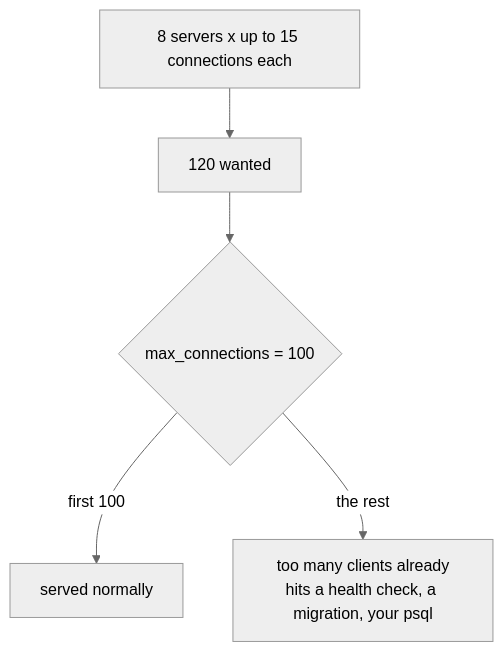
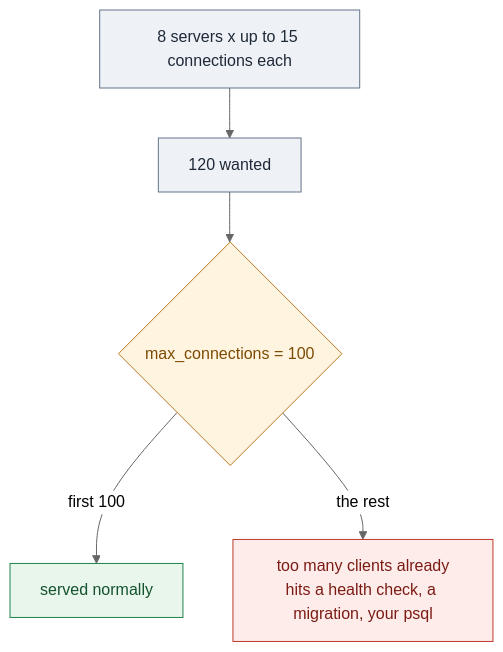
Before and after one commit to selvakumarperumal/Corporate_Filing_Analyzer_Agent: the tenth of 15 diagrams in docs/TESTING-SCALING.md, drawn with Mermaid (neutral theme). The commit also changed other lines of this file, not shown here.

Commit message:
docs: style mermaid diagrams and add 'When it happens' context callouts across scaling test rows

````diff
--- a/docs/TESTING-SCALING.md
+++ b/docs/TESTING-SCALING.md
@@ -919,7 +1043,16 @@
 ```mermaid
 flowchart TB
   P["8 servers x up to 15 connections each"] --> T["120 wanted"]
   T --> PG{"max_connections = 100"}
   PG -->|"first 100"| OK["served normally"]
   PG -->|"the rest"| X["too many clients already<br/>hits a health check, a migration, your psql"]
+  classDef step fill:#eef2f7,stroke:#64748b,color:#1f2937
+  classDef bad fill:#fdecea,stroke:#c0392b,color:#7b1c14
+  classDef good fill:#e8f6ec,stroke:#1e8449,color:#14532d
+  classDef warn fill:#fff4e0,stroke:#b7791f,color:#7c4a03
+  classDef fix fill:#eef2ff,stroke:#4f46e5,color:#312e81
+  class P,T step
+  class PG warn
+  class OK good
+  class X bad
 ```
````
